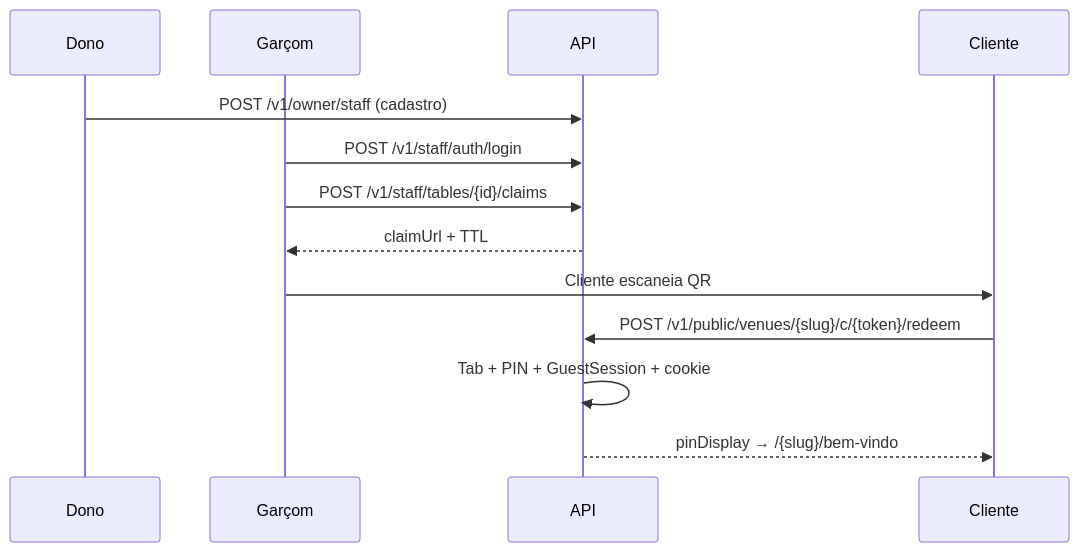
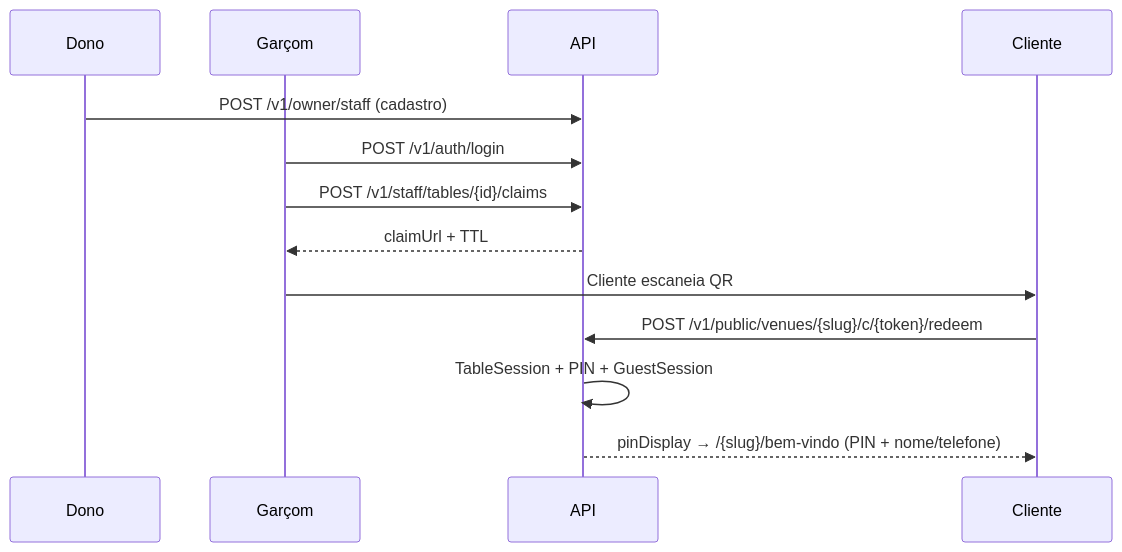
One commit to filiperamosds/eaimesa changed the fourth of 5 diagrams in docs/product/fluxos.md. Above: the diagram before and after it, drawn with Mermaid. The commit also changed other lines of this file and 44 other files, not shown here.

````diff
--- a/docs/product/fluxos.md
+++ b/docs/product/fluxos.md
@@ -80,16 +80,16 @@
 ```mermaid
 sequenceDiagram
   participant D as Dono
   participant G as Garçom
   participant API as API
   participant C as Cliente
 
   D->>API: POST /v1/owner/staff (cadastro)
-  G->>API: POST /v1/staff/auth/login
+  G->>API: POST /v1/auth/login
   G->>API: POST /v1/staff/tables/{id}/claims
   API-->>G: claimUrl + TTL
   G->>C: Cliente escaneia QR
   C->>API: POST /v1/public/venues/{slug}/c/{token}/redeem
-  API->>API: Tab + PIN + GuestSession + cookie
-  API-->>C: pinDisplay → /{slug}/bem-vindo
+  API->>API: TableSession + PIN + GuestSession
+  API-->>C: pinDisplay → /{slug}/bem-vindo (PIN + nome/telefone)
 ```
````
